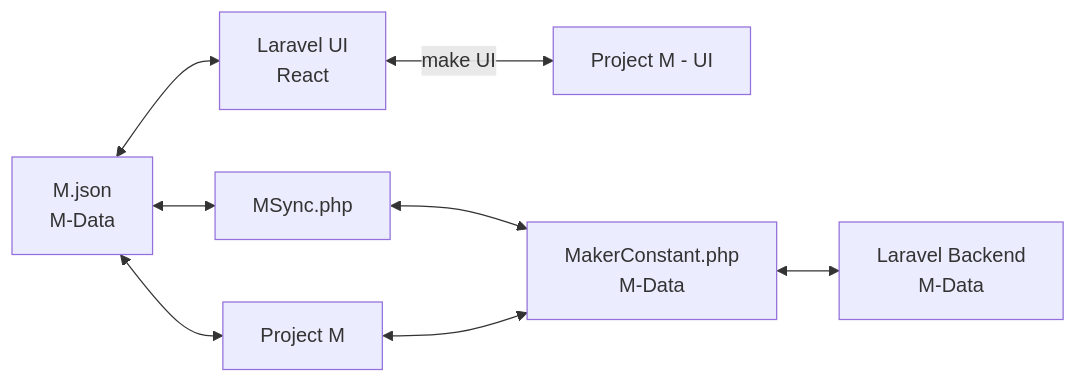
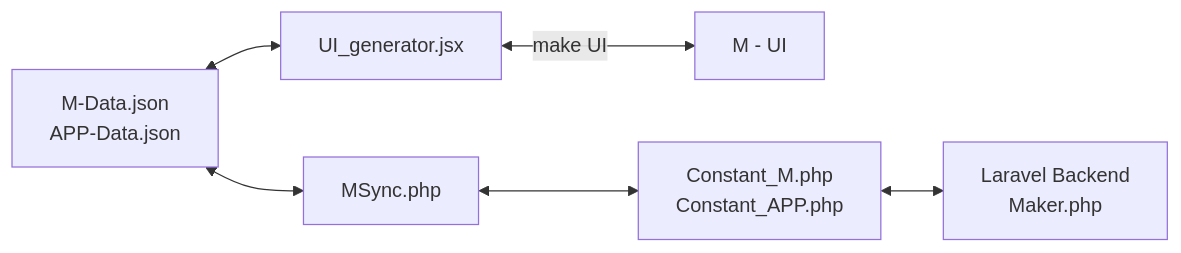
The diagram in docs/LARAVEL_M-BOT/Flow_Project_M.md (softwaretotest/learn_frontend), drawn with Mermaid before and after one commit. The commit also changed other lines of this file and 5 other files, not shown here.

Commit message:
add mermaid Flow_MSync.php

````diff
--- a/docs/LARAVEL_M-BOT/Flow_Project_M.md
+++ b/docs/LARAVEL_M-BOT/Flow_Project_M.md
@@ -5,18 +7,24 @@
 ```mermaid
 graph LR
-    M[Project M]
     M-Sync[MSync.php]
-    M-JSON[ M.json <br/> M-Data ]
-    M-UI[ Project M - UI]
-    UI[ Laravel UI <br /> React ]
-    Maker[ MakerConstant.php <br/> M-Data ]
-    Backend[Laravel Backend  <br/> M-Data ]
+    M-JSON[
+            M-Data.json
+            APP-Data.json
+          ]
+    M-UI[ M - UI]
+    UI[ UI_generator.jsx ]
+    Maker[
+            Constant_M.php
+            Constant_APP.php
+         ]
+    Backend[
+            Laravel Backend
+            Maker.php
+           ]
 
-    M-JSON <--> M
     M-JSON <--> UI
     M-JSON <--> M-Sync
     M-Sync <--> Maker
-    M <--> Maker
     Maker <--> Backend
     UI <-->|make UI| M-UI
 ```
````
